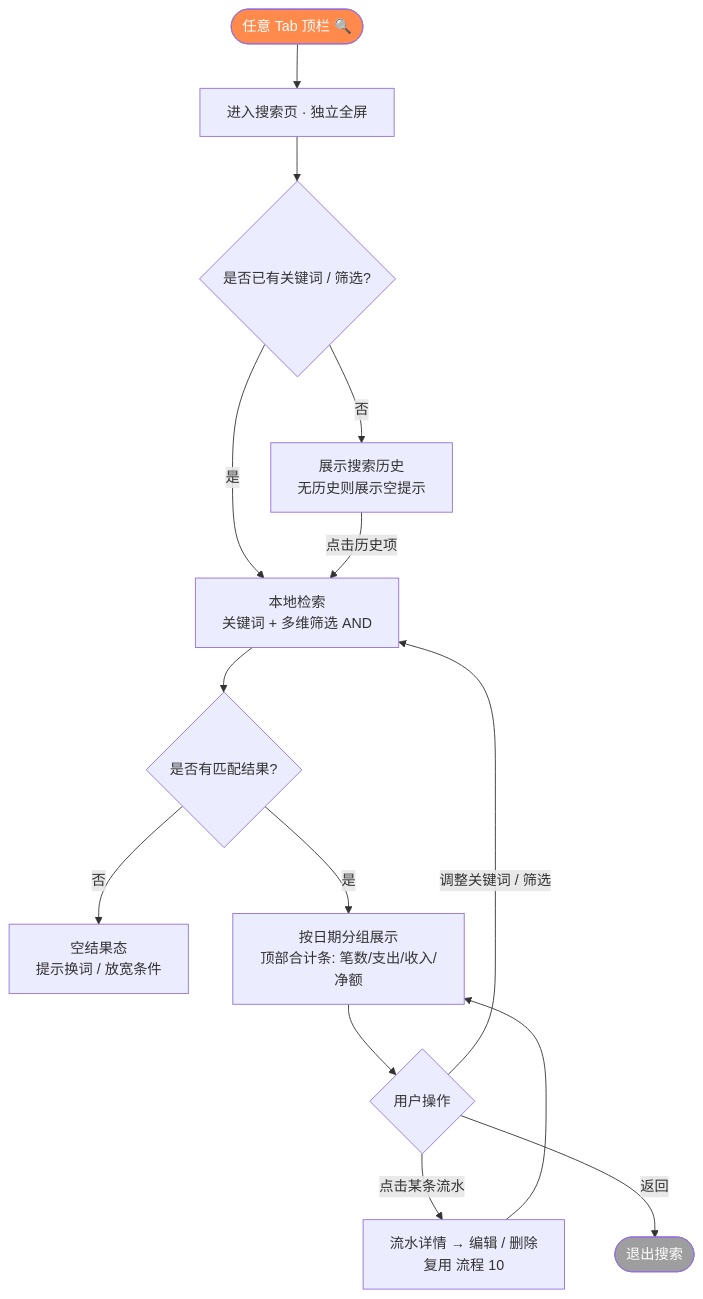
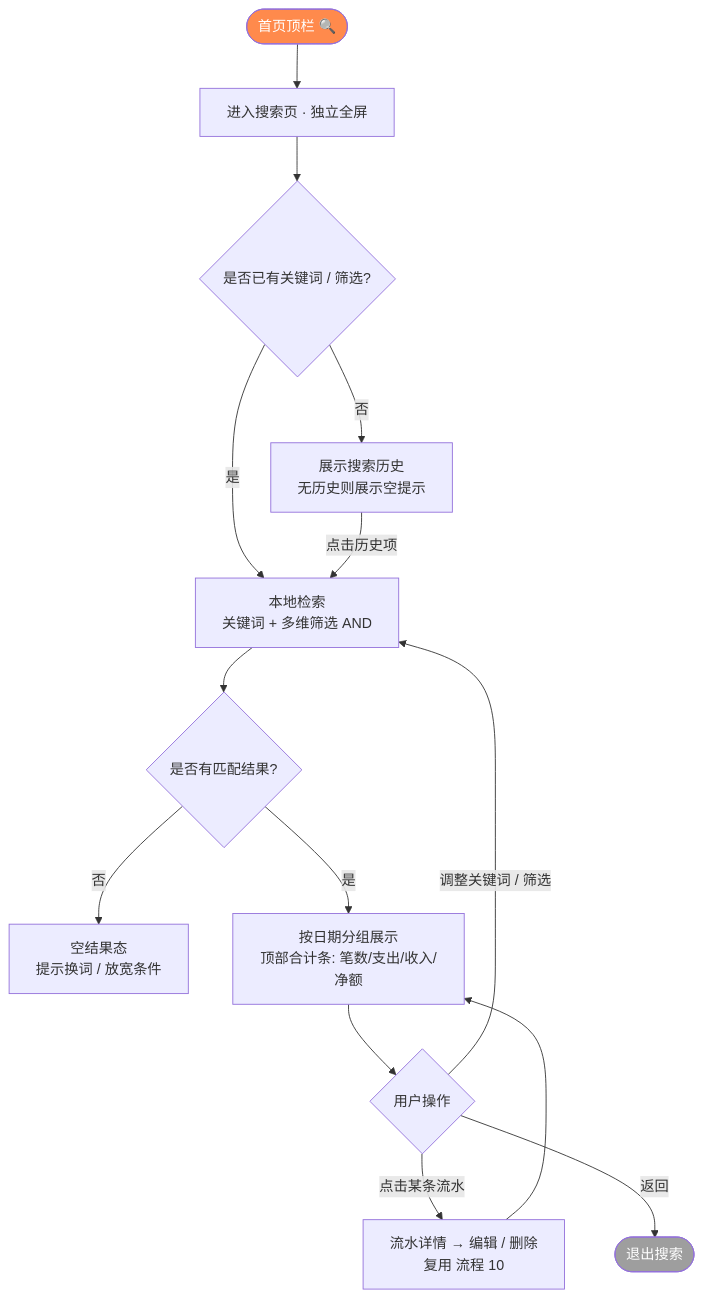
Before and after one commit to raochen0000/HomeBook: diagram 15 of 16 in docs/PRD.md, drawn with Mermaid. The commit also changed other lines of this file and 2 other files, not shown here.

````diff
--- a/docs/PRD.md
+++ b/docs/PRD.md
@@ -1496,19 +1497,19 @@
 ```mermaid
 flowchart TD
-    A([任意 Tab 顶栏 🔍]) --> B[进入搜索页 · 独立全屏]
+    A([首页顶栏 🔍]) --> B[进入搜索页 · 独立全屏]
     B --> C{是否已有关键词 / 筛选?}
     C -- 否 --> C1[展示搜索历史<br/>无历史则展示空提示]
     C -- 是 --> D[本地检索<br/>关键词 + 多维筛选 AND]
     C1 -- 点击历史项 --> D
     D --> E{是否有匹配结果?}
     E -- 否 --> E1[空结果态<br/>提示换词 / 放宽条件]
     E -- 是 --> F[按日期分组展示<br/>顶部合计条: 笔数/支出/收入/净额]
     F --> G{用户操作}
     G -- 调整关键词 / 筛选 --> D
     G -- 点击某条流水 --> H[流水详情 → 编辑 / 删除<br/>复用 流程 10]
     G -- 返回 --> Z([退出搜索])
     H --> F
 
     style A fill:#FF8A4C,color:#fff
     style Z fill:#9E9E9E,color:#fff
 ```
````
